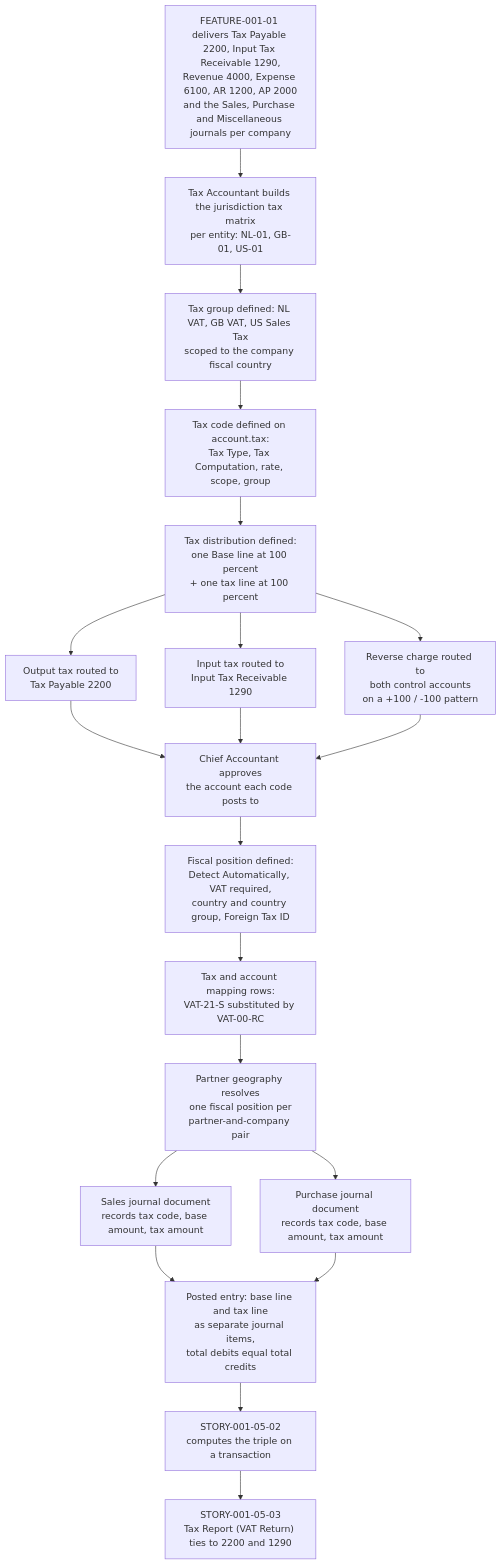
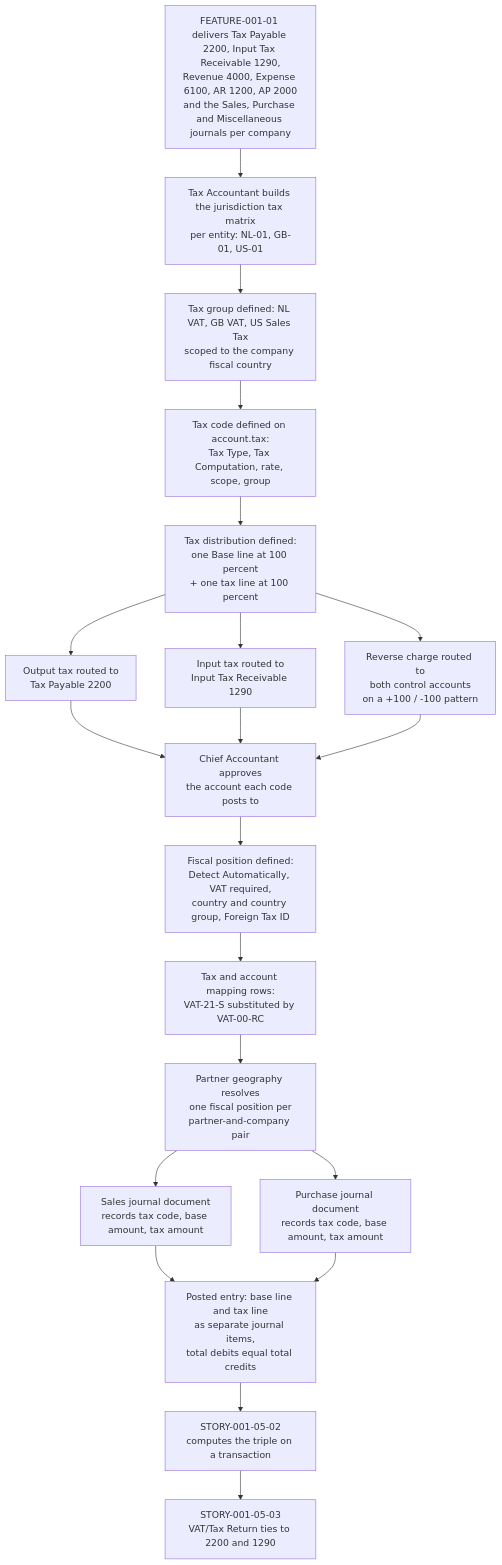
Before and after one commit to Blitzy-Sandbox/blitzy-odoo: the diagram in tickets/EPIC-001/FEATURE-001-05/STORY-001-05-01-configure-tax-codes-fiscal-positions.md, drawn with Mermaid. The commit also changed other lines of this file and 117 other files, not shown here.

````diff
--- a/tickets/EPIC-001/FEATURE-001-05/STORY-001-05-01-configure-tax-codes-fiscal-positions.md
+++ b/tickets/EPIC-001/FEATURE-001-05/STORY-001-05-01-configure-tax-codes-fiscal-positions.md
@@ -381,40 +381,40 @@
 ```mermaid
 graph TD
     A["FEATURE-001-01 delivers Tax Payable 2200, Input Tax Receivable 1290,<br/>Revenue 4000, Expense 6100, AR 1200, AP 2000<br/>and the Sales, Purchase and Miscellaneous journals per company"]
     B["Tax Accountant builds the jurisdiction tax matrix<br/>per entity: NL-01, GB-01, US-01"]
     C["Tax group defined: NL VAT, GB VAT, US Sales Tax<br/>scoped to the company fiscal country"]
     D["Tax code defined on account.tax:<br/>Tax Type, Tax Computation, rate, scope, group"]
     E["Tax distribution defined:<br/>one Base line at 100 percent<br/>+ one tax line at 100 percent"]
     F["Output tax routed to<br/>Tax Payable 2200"]
     G["Input tax routed to<br/>Input Tax Receivable 1290"]
     H["Reverse charge routed to<br/>both control accounts<br/>on a +100 / -100 pattern"]
     I["Chief Accountant approves<br/>the account each code posts to"]
     J["Fiscal position defined:<br/>Detect Automatically, VAT required,<br/>country and country group, Foreign Tax ID"]
     K["Tax and account mapping rows:<br/>VAT-21-S substituted by VAT-00-RC"]
     L["Partner geography resolves<br/>one fiscal position per<br/>partner-and-company pair"]
     M["Sales journal document<br/>records tax code, base amount, tax amount"]
     N["Purchase journal document<br/>records tax code, base amount, tax amount"]
     O["Posted entry: base line and tax line<br/>as separate journal items,<br/>total debits equal total credits"]
     P["STORY-001-05-02<br/>computes the triple on a transaction"]
-    Q["STORY-001-05-03<br/>Tax Report (VAT Return) ties to 2200 and 1290"]
+    Q["STORY-001-05-03<br/>VAT/Tax Return ties to 2200 and 1290"]
 
     A --> B
     B --> C
     C --> D
     D --> E
     E --> F
     E --> G
     E --> H
     F --> I
     G --> I
     H --> I
     I --> J
     J --> K
     K --> L
     L --> M
     L --> N
     M --> O
     N --> O
     O --> P
     P --> Q
 ```
````
